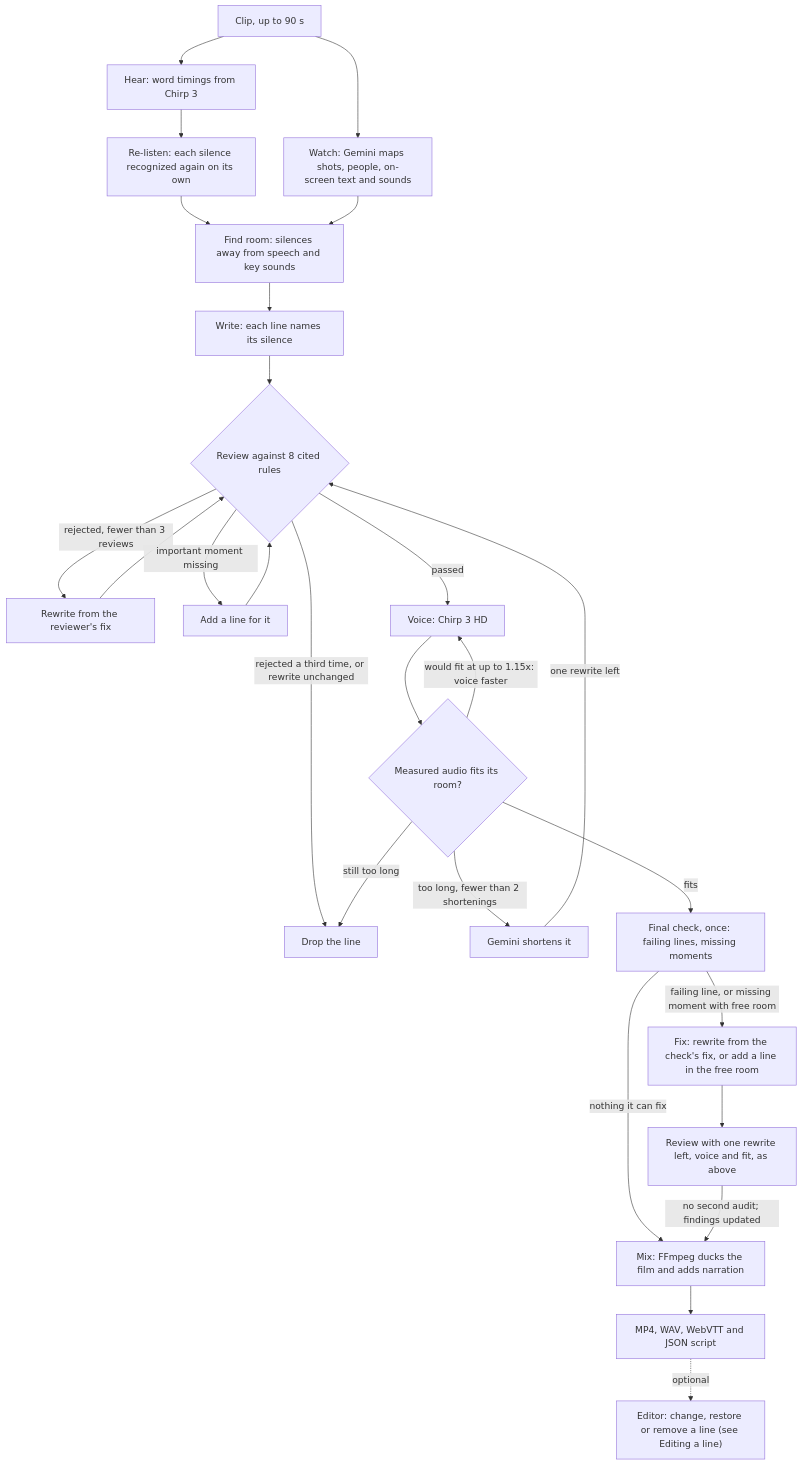
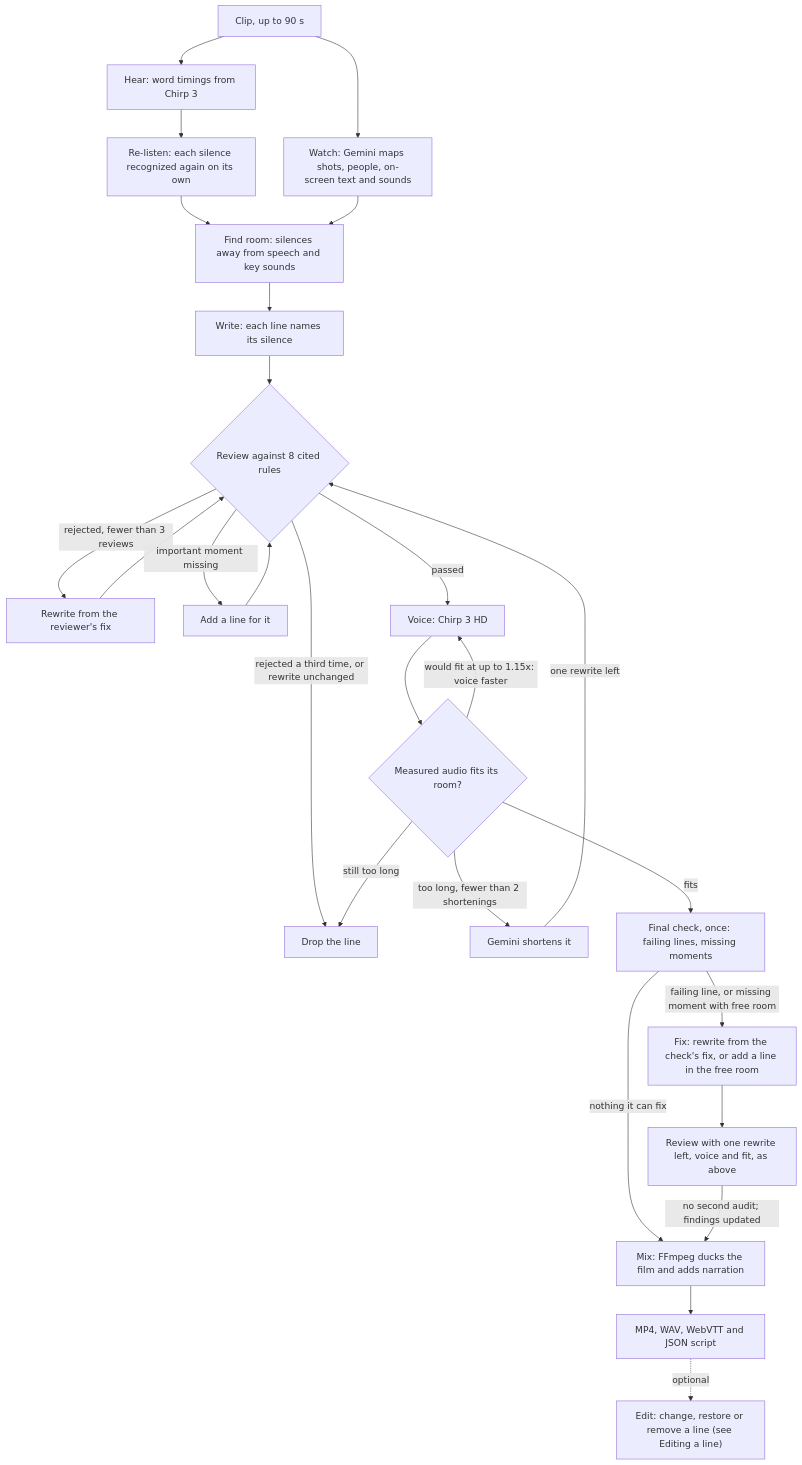
One commit to emforce77/gapline changed the second of 3 diagrams in docs/ARCHITECTURE.md. Above: the diagram before and after it, drawn with Mermaid. The commit also changed other lines of this file and 3 other files, not shown here.

````diff
--- a/docs/ARCHITECTURE.md
+++ b/docs/ARCHITECTURE.md
@@ -89,28 +89,28 @@
 ```mermaid
 flowchart TD
   clip["Clip, up to 90 s"] --> hear["Hear: word timings from Chirp 3"]
   hear --> relisten["Re-listen: each silence recognized again on its own"]
   clip --> watch["Watch: Gemini maps shots, people, on-screen text and sounds"]
   relisten --> room["Find room: silences away from speech and key sounds"]
   watch --> room
   room --> write["Write: each line names its silence"]
   write --> review{"Review against 8 cited rules"}
   review -->|"rejected, fewer than 3 reviews"| rewrite["Rewrite from the reviewer's fix"]
   rewrite --> review
   review -->|"important moment missing"| add["Add a line for it"]
   add --> review
   review -->|"rejected a third time, or rewrite unchanged"| drop["Drop the line"]
   review -->|"passed"| voice["Voice: Chirp 3 HD"]
   voice --> fit{"Measured audio fits its room?"}
   fit -->|"would fit at up to 1.15x: voice faster"| voice
   fit -->|"too long, fewer than 2 shortenings"| shorten["Gemini shortens it"]
   shorten -->|"one rewrite left"| review
   fit -->|"still too long"| drop
   fit -->|"fits"| audit["Final check, once: failing lines, missing moments"]
   audit -->|"nothing it can fix"| mix["Mix: FFmpeg ducks the film and adds narration"]
   audit -->|"failing line, or missing moment with free room"| fix["Fix: rewrite from the check's fix, or add a line in the free room"]
   fix --> refit["Review with one rewrite left, voice and fit, as above"]
   refit -->|"no second audit; findings updated"| mix
   mix --> out["MP4, WAV, WebVTT and JSON script"]
-  out -.->|"optional"| edit["Editor: change, restore or remove a line (see Editing a line)"]
+  out -.->|"optional"| edit["Edit: change, restore or remove a line (see Editing a line)"]
 ```
````
